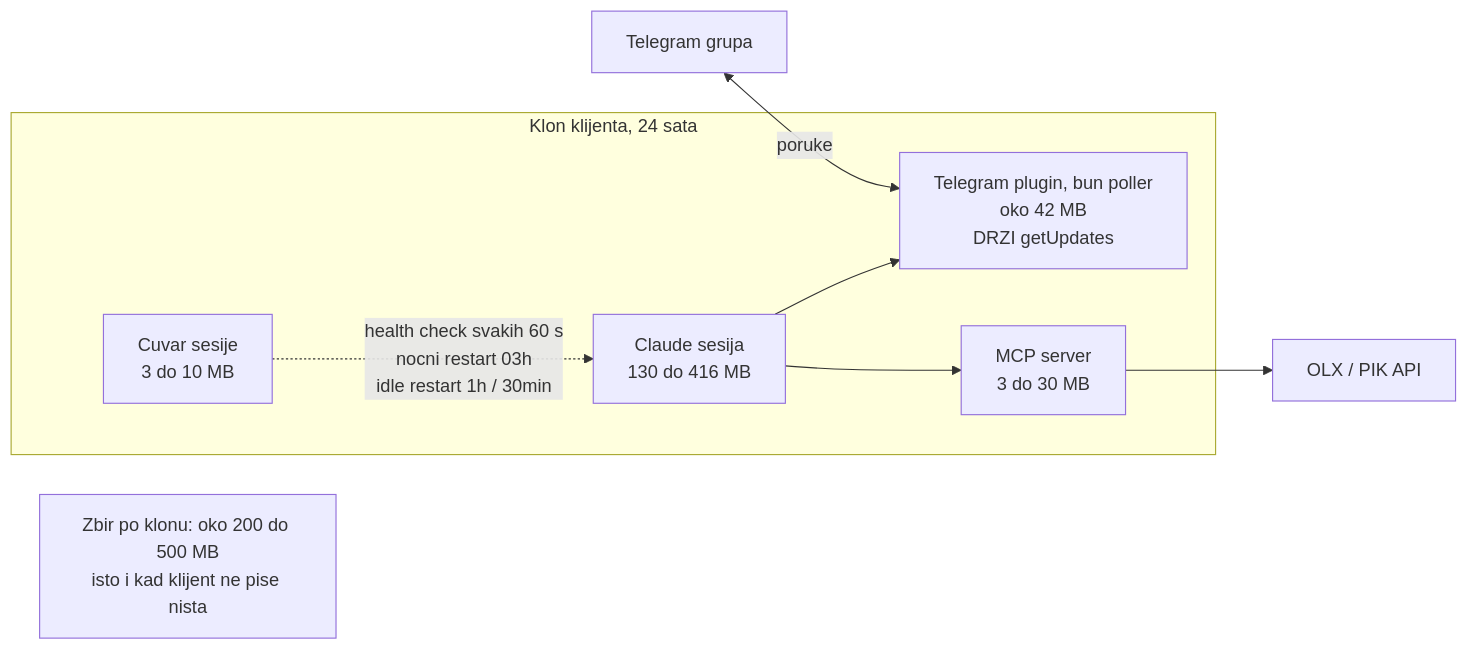
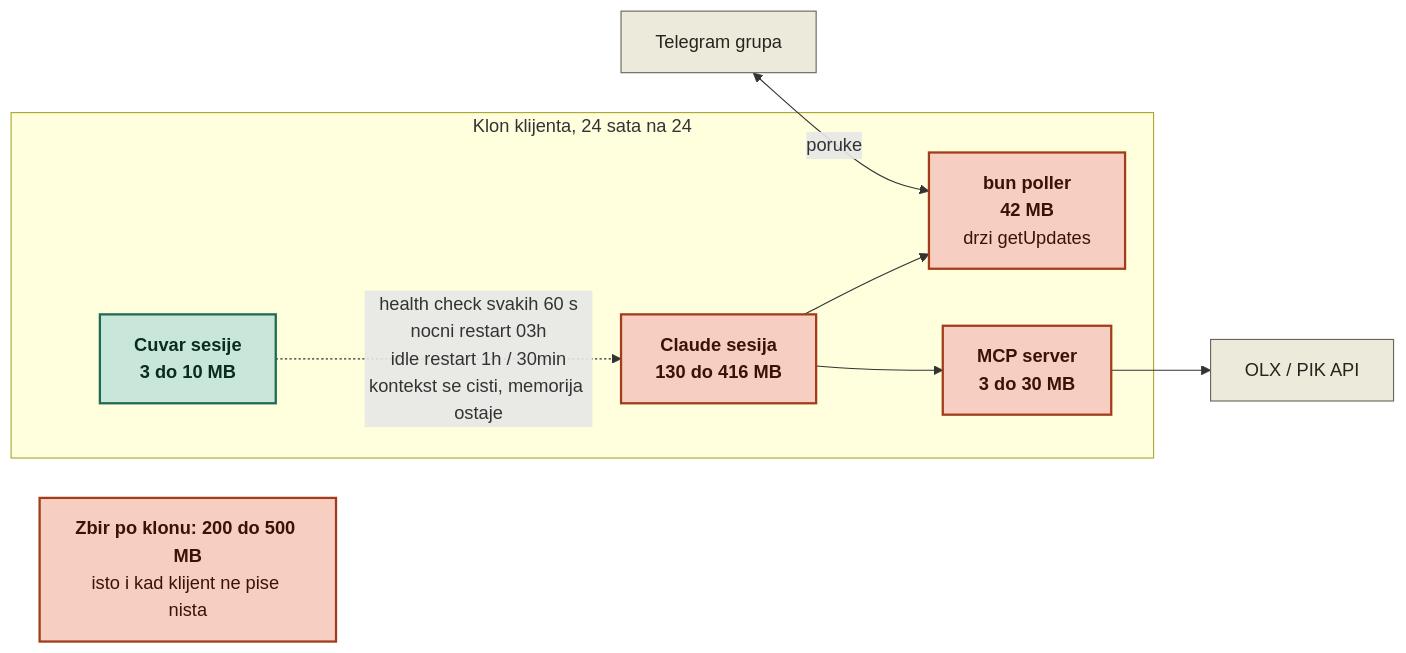
The fifth of 9 diagrams in olx-dokumentacija/arhitektura.md (mob-dev-org/olx-mcp-api), drawn with Mermaid before and after one commit. The commit also changed other lines of this file, not shown here.

````diff
--- a/olx-dokumentacija/arhitektura.md
+++ b/olx-dokumentacija/arhitektura.md
@@ -377,18 +379,25 @@
 ```mermaid
 flowchart LR
     tg["Telegram grupa"] <-->|"poruke"| plugin
 
-    subgraph klon["Klon klijenta, 24 sata"]
-        cuvar["Cuvar sesije<br/>3 do 10 MB"]
-        plugin["Telegram plugin, bun poller<br/>oko 42 MB<br/>DRZI getUpdates"]
-        sesija["Claude sesija<br/>130 do 416 MB"]
-        mcp["MCP server<br/>3 do 30 MB"]
+    subgraph klon["Klon klijenta, 24 sata na 24"]
+        cuvar["<b>Cuvar sesije</b><br/><b>3 do 10 MB</b>"]
+        plugin["<b>bun poller</b><br/><b>42 MB</b><br/>drzi getUpdates"]
+        sesija["<b>Claude sesija</b><br/><b>130 do 416 MB</b>"]
+        mcp["<b>MCP server</b><br/><b>3 do 30 MB</b>"]
     end
 
-    cuvar -.->|"health check svakih 60 s<br/>nocni restart 03h<br/>idle restart 1h / 30min"| sesija
+    cuvar -.->|"health check svakih 60 s<br/>nocni restart 03h<br/>idle restart 1h / 30min<br/>kontekst se cisti, memorija ostaje"| sesija
     sesija --> plugin
     sesija --> mcp
     mcp --> olx["OLX / PIK API"]
 
-    zbir["Zbir po klonu: oko 200 do 500 MB<br/>isto i kad klijent ne pise nista"]
+    zbir["<b>Zbir po klonu: 200 do 500 MB</b><br/>isto i kad klijent ne pise nista"]
+
+    classDef skupo fill:#f6cfc2,stroke:#a33c19,stroke-width:2px,color:#3b1305
+    classDef jeftino fill:#c9e6da,stroke:#1f6b52,stroke-width:2px,color:#0b2b20
+    classDef vanjsko fill:#eceada,stroke:#6b675c,stroke-width:1px,color:#26241d
+    class sesija,mcp,plugin,zbir skupo
+    class cuvar jeftino
+    class tg,olx vanjsko
 ```
````
